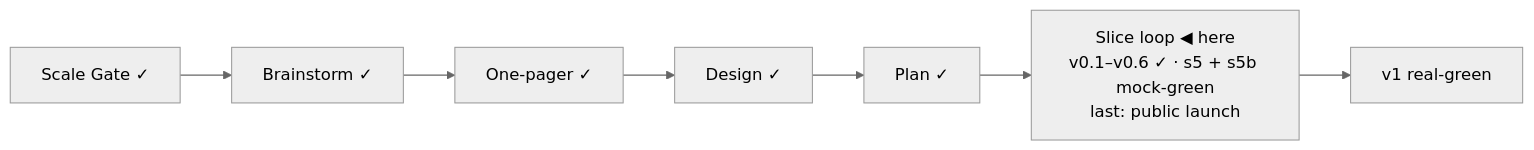
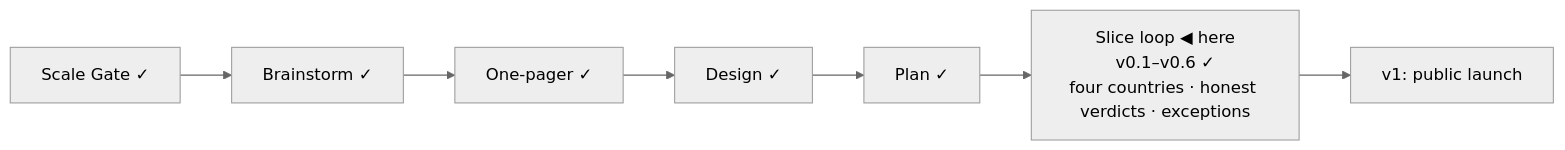
The diagram in STATUS.md (OytunOnal/permit-rulebook), drawn with Mermaid (neutral theme) before and after one commit. The commit also changed other lines of this file and 3 other files, not shown here.

````diff
--- a/STATUS.md
+++ b/STATUS.md
@@ -7,6 +7,6 @@
 ```mermaid
 flowchart LR
     A[Scale Gate ✓] --> B[Brainstorm ✓] --> C[One-pager ✓] --> D[Design ✓] --> E[Plan ✓]
-    E --> F["Slice loop ◀ here<br/>v0.1–v0.6 ✓ · s5 + s5b mock-green<br/>last: public launch"]
-    F --> G[v1 real-green]
+    E --> F["Slice loop ◀ here<br/>v0.1–v0.6 ✓<br/>four countries · honest verdicts · exceptions"]
+    F --> G[v1: public launch]
 ```
````
